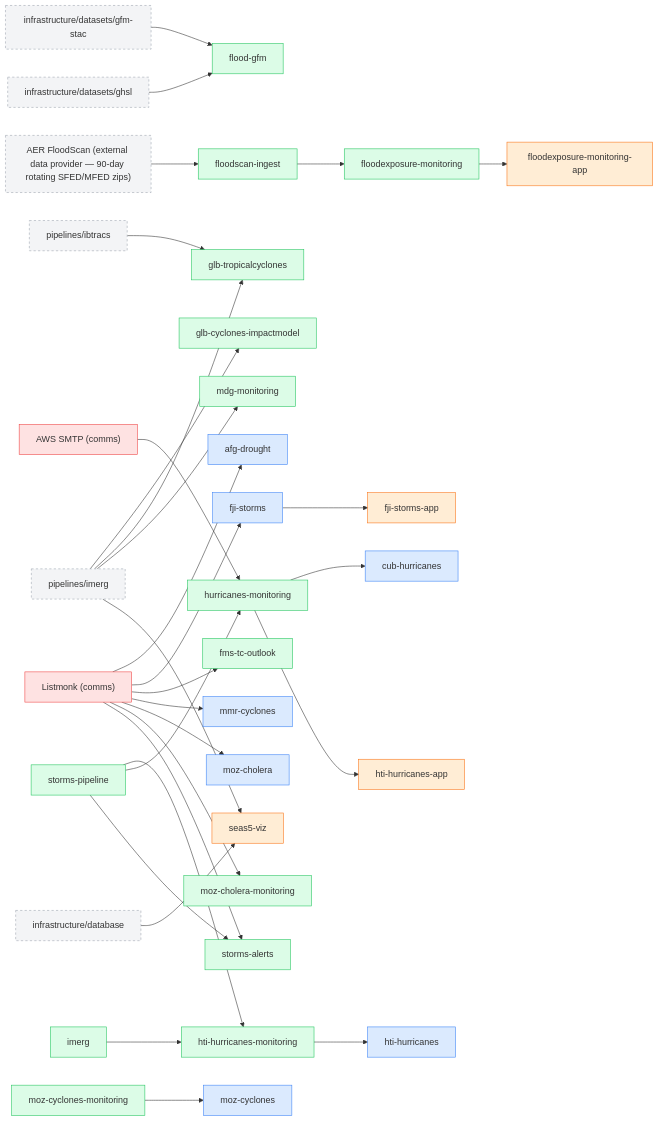
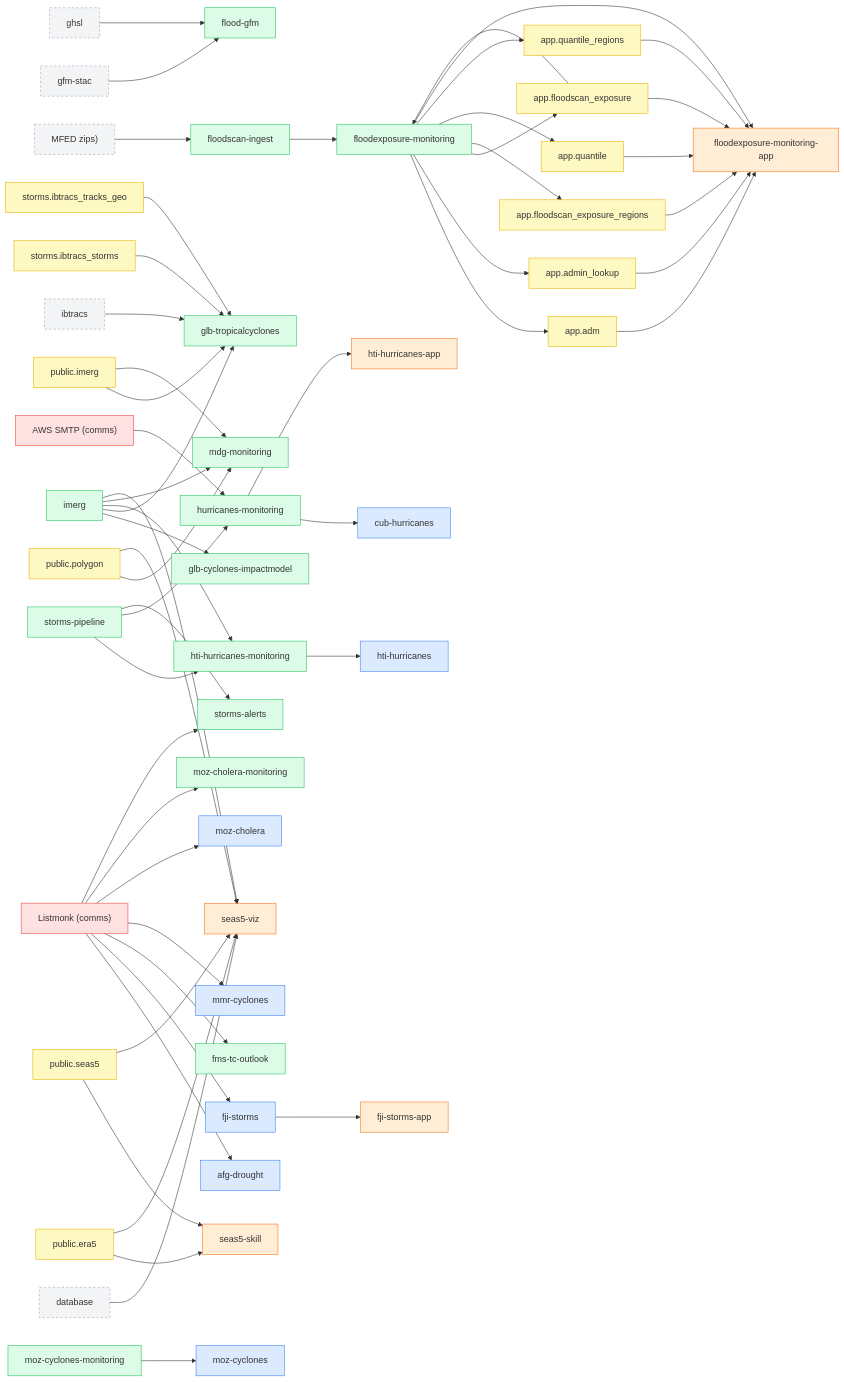
The diagram in infrastructure/dependency-graph.md (OCHA-DAP/ds-knowledge-base), drawn with Mermaid before and after one commit. The commit also changed other lines of this file and 17 other files, not shown here.

First line of the commit message:
DB schema mirror + tables in the dependency graph (D41)

````diff
--- a/infrastructure/dependency-graph.md
+++ b/infrastructure/dependency-graph.md
@@ -33,12 +44,23 @@
 graph LR
   n_aws_smtp["AWS SMTP (comms)"]
   n_listmonk["Listmonk (comms)"]
-  n_aer_floodscan__external_data_provider___90_day_rotating_sfed_mfed_zips_["AER FloodScan (external data provider — 90-day rotating SFED/MFED zips)"]
-  n_infrastructure_database["infrastructure/database"]
-  n_infrastructure_datasets_gfm_stac["infrastructure/datasets/gfm-stac"]
-  n_infrastructure_datasets_ghsl["infrastructure/datasets/ghsl"]
-  n_pipelines_ibtracs["pipelines/ibtracs"]
-  n_pipelines_imerg["pipelines/imerg"]
+  n_mfed_zips_["MFED zips)"]
+  n_database["database"]
+  n_gfm_stac["gfm-stac"]
+  n_ghsl["ghsl"]
+  n_ibtracs["ibtracs"]
+  n_app_adm["app.adm"]
+  n_app_admin_lookup["app.admin_lookup"]
+  n_app_floodscan_exposure["app.floodscan_exposure"]
+  n_app_floodscan_exposure_regions["app.floodscan_exposure_regions"]
+  n_app_quantile["app.quantile"]
+  n_app_quantile_regions["app.quantile_regions"]
+  n_public_era5["public.era5"]
+  n_public_imerg["public.imerg"]
+  n_public_polygon["public.polygon"]
+  n_public_seas5["public.seas5"]
+  n_storms_ibtracs_storms["storms.ibtracs_storms"]
+  n_storms_ibtracs_tracks_geo["storms.ibtracs_tracks_geo"]
   n_flood_gfm["flood-gfm"]
   n_floodexposure_monitoring["floodexposure-monitoring"]
   n_floodscan_ingest["floodscan-ingest"]
@@ -56,6 +78,7 @@
   n_fji_storms_app["fji-storms-app"]
   n_floodexposure_monitoring_app["floodexposure-monitoring-app"]
   n_hti_hurricanes_app["hti-hurricanes-app"]
+  n_seas5_skill["seas5-skill"]
   n_seas5_viz["seas5-viz"]
   n_afg_drought["afg-drought"]
   n_cub_hurricanes["cub-hurricanes"]
@@ -65,31 +88,54 @@
   n_moz_cholera["moz-cholera"]
   n_moz_cyclones["moz-cyclones"]
   n_listmonk --> n_afg_drought
+  n_floodexposure_monitoring --> n_app_adm
+  n_floodexposure_monitoring --> n_app_admin_lookup
+  n_floodexposure_monitoring --> n_app_floodscan_exposure
+  n_floodexposure_monitoring --> n_app_floodscan_exposure_regions
+  n_floodexposure_monitoring --> n_app_quantile
+  n_floodexposure_monitoring --> n_app_quantile_regions
   n_hurricanes_monitoring --> n_cub_hurricanes
   n_listmonk --> n_fji_storms
   n_fji_storms --> n_fji_storms_app
-  n_infrastructure_datasets_gfm_stac --> n_flood_gfm
-  n_infrastructure_datasets_ghsl --> n_flood_gfm
+  n_gfm_stac --> n_flood_gfm
+  n_ghsl --> n_flood_gfm
+  n_app_floodscan_exposure --> n_floodexposure_monitoring
   n_floodscan_ingest --> n_floodexposure_monitoring
+  n_app_adm --> n_floodexposure_monitoring_app
+  n_app_admin_lookup --> n_floodexposure_monitoring_app
+  n_app_floodscan_exposure --> n_floodexposure_monitoring_app
+  n_app_floodscan_exposure_regions --> n_floodexposure_monitoring_app
+  n_app_quantile --> n_floodexposure_monitoring_app
+  n_app_quantile_regions --> n_floodexposure_monitoring_app
   n_floodexposure_monitoring --> n_floodexposure_monitoring_app
-  n_aer_floodscan__external_data_provider___90_day_rotating_sfed_mfed_zips_ --> n_floodscan_ingest
+  n_mfed_zips_ --> n_floodscan_ingest
   n_listmonk --> n_fms_tc_outlook
-  n_pipelines_imerg --> n_glb_cyclones_impactmodel
-  n_pipelines_ibtracs --> n_glb_tropicalcyclones
-  n_pipelines_imerg --> n_glb_tropicalcyclones
+  n_imerg --> n_glb_cyclones_impactmodel
+  n_ibtracs --> n_glb_tropicalcyclones
+  n_imerg --> n_glb_tropicalcyclones
+  n_public_imerg --> n_glb_tropicalcyclones
+  n_storms_ibtracs_storms --> n_glb_tropicalcyclones
+  n_storms_ibtracs_tracks_geo --> n_glb_tropicalcyclones
   n_hti_hurricanes_monitoring --> n_hti_hurricanes
   n_hurricanes_monitoring --> n_hti_hurricanes_app
   n_imerg --> n_hti_hurricanes_monitoring
   n_storms_pipeline --> n_hti_hurricanes_monitoring
   n_aws_smtp --> n_hurricanes_monitoring
   n_storms_pipeline --> n_hurricanes_monitoring
-  n_pipelines_imerg --> n_mdg_monitoring
+  n_imerg --> n_mdg_monitoring
+  n_public_imerg --> n_mdg_monitoring
+  n_public_polygon --> n_mdg_monitoring
   n_listmonk --> n_mmr_cyclones
   n_listmonk --> n_moz_cholera
   n_listmonk --> n_moz_cholera_monitoring
   n_moz_cyclones_monitoring --> n_moz_cyclones
-  n_infrastructure_database --> n_seas5_viz
-  n_pipelines_imerg --> n_seas5_viz
+  n_public_era5 --> n_seas5_skill
+  n_public_seas5 --> n_seas5_skill
+  n_database --> n_seas5_viz
+  n_imerg --> n_seas5_viz
+  n_public_era5 --> n_seas5_viz
+  n_public_polygon --> n_seas5_viz
+  n_public_seas5 --> n_seas5_viz
   n_listmonk --> n_storms_alerts
   n_storms_pipeline --> n_storms_alerts
   classDef framework fill:#dbeafe,stroke:#3b82f6;
@@ -97,10 +143,12 @@
   classDef app fill:#ffedd5,stroke:#f97316;
   classDef infra fill:#fee2e2,stroke:#ef4444;
   classDef analysis fill:#ede9fe,stroke:#8b5cf6;
+  classDef table fill:#fef9c3,stroke:#eab308;
   classDef external fill:#f3f4f6,stroke:#9ca3af,stroke-dasharray:4;
-  class n_fji_storms,n_moz_cyclones,n_hti_hurricanes,n_moz_cholera,n_afg_drought,n_cub_hurricanes,n_mmr_cyclones framework;
-  class n_floodscan_ingest,n_fms_tc_outlook,n_mdg_monitoring,n_storms_pipeline,n_imerg,n_hti_hurricanes_monitoring,n_flood_gfm,n_glb_tropicalcyclones,n_moz_cyclones_monitoring,n_glb_cyclones_impactmodel,n_moz_cholera_monitoring,n_floodexposure_monitoring,n_storms_alerts,n_hurricanes_monitoring pipeline;
-  class n_fji_storms_app,n_hti_hurricanes_app,n_seas5_viz,n_floodexposure_monitoring_app app;
+  class n_mmr_cyclones,n_cub_hurricanes,n_fji_storms,n_moz_cyclones,n_hti_hurricanes,n_moz_cholera,n_afg_drought framework;
+  class n_storms_alerts,n_mdg_monitoring,n_fms_tc_outlook,n_floodscan_ingest,n_imerg,n_glb_tropicalcyclones,n_moz_cholera_monitoring,n_hurricanes_monitoring,n_glb_cyclones_impactmodel,n_hti_hurricanes_monitoring,n_moz_cyclones_monitoring,n_flood_gfm,n_storms_pipeline,n_floodexposure_monitoring pipeline;
+  class n_seas5_skill,n_fji_storms_app,n_hti_hurricanes_app,n_floodexposure_monitoring_app,n_seas5_viz app;
+  class n_storms_ibtracs_storms,n_app_floodscan_exposure_regions,n_public_polygon,n_public_imerg,n_app_quantile_regions,n_app_quantile,n_storms_ibtracs_tracks_geo,n_app_floodscan_exposure,n_app_adm,n_app_admin_lookup,n_public_era5,n_public_seas5 table;
   class n_aws_smtp,n_listmonk infra;
-  class n_aer_floodscan__external_data_provider___90_day_rotating_sfed_mfed_zips_,n_infrastructure_datasets_ghsl,n_pipelines_imerg,n_infrastructure_datasets_gfm_stac,n_infrastructure_database,n_pipelines_ibtracs external;
+  class n_mfed_zips_,n_ibtracs,n_ghsl,n_gfm_stac,n_database external;
 ```
````
